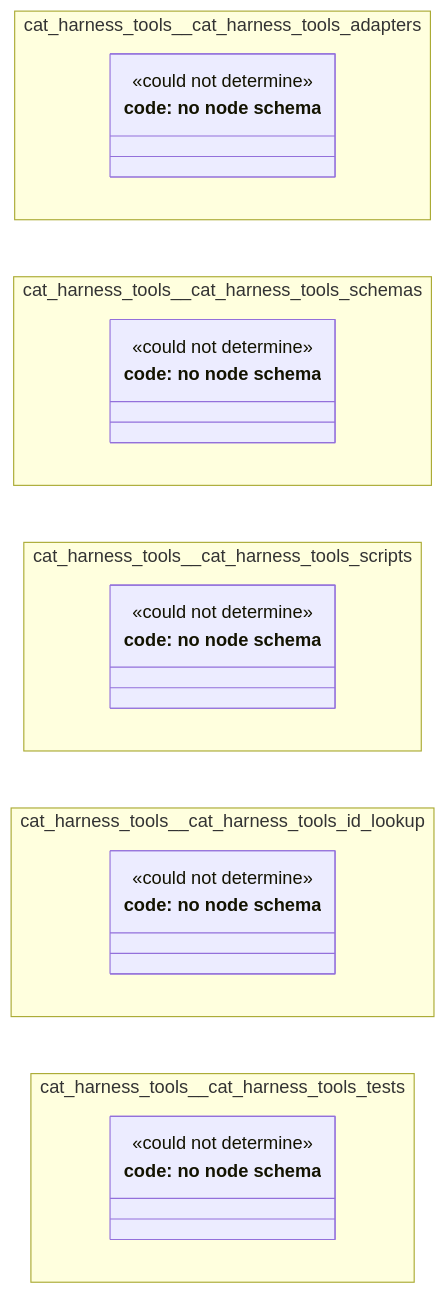
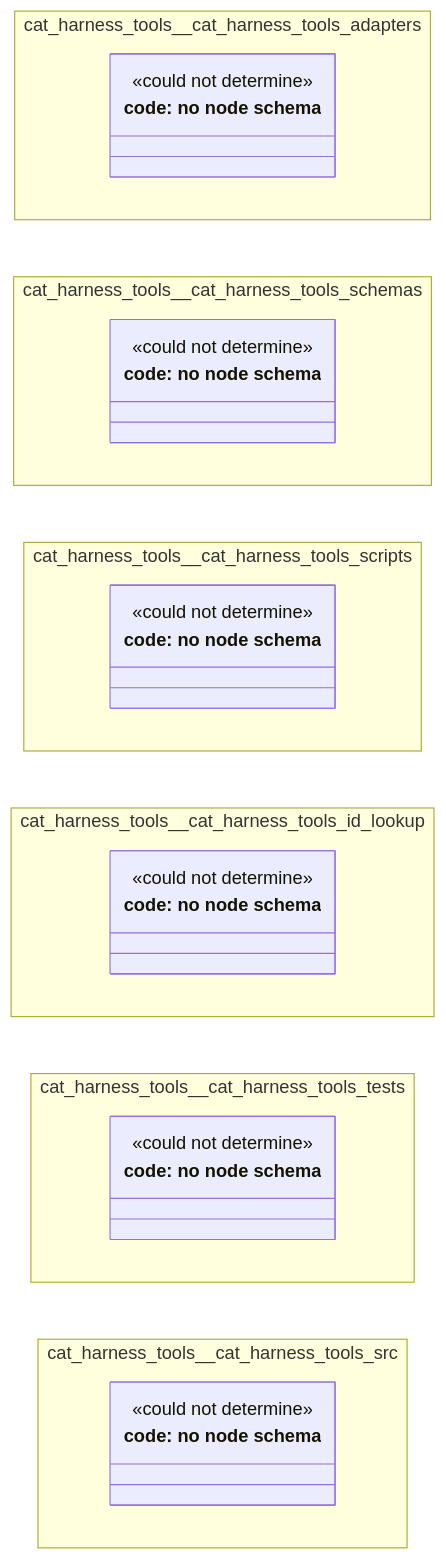
Before and after one commit to litlfred/folio-assistant: the diagram in cat-harness/docs/uml/overview/cat-harness-tools.md, drawn with Mermaid. The commit also changed other lines of this file and 49 other files, not shown here.

````diff
--- a/cat-harness/docs/uml/overview/cat-harness-tools.md
+++ b/cat-harness/docs/uml/overview/cat-harness-tools.md
@@ -50,39 +52,46 @@
 ```mermaid
 classDiagram
   direction LR
   namespace cat_harness_tools__cat_harness_tools_adapters {
     class n_cat_harness_tools_cat_harness_tools_adapters_code["code: no node schema"] {
       <<could not determine>>
     }
   }
   namespace cat_harness_tools__cat_harness_tools_schemas {
     class n_cat_harness_tools_cat_harness_tools_schemas_code["code: no node schema"] {
       <<could not determine>>
     }
   }
   namespace cat_harness_tools__cat_harness_tools_scripts {
     class n_cat_harness_tools_cat_harness_tools_scripts_code["code: no node schema"] {
       <<could not determine>>
     }
   }
   namespace cat_harness_tools__cat_harness_tools_id_lookup {
     class n_cat_harness_tools_cat_harness_tools_id_lookup_code["code: no node schema"] {
       <<could not determine>>
     }
   }
   namespace cat_harness_tools__cat_harness_tools_tests {
     class n_cat_harness_tools_cat_harness_tools_tests_code["code: no node schema"] {
       <<could not determine>>
     }
   }
+  namespace cat_harness_tools__cat_harness_tools_src {
+    class n_cat_harness_tools_cat_harness_tools_src_code["code: no node schema"] {
+      <<could not determine>>
+    }
+  }
   cssClass "n_cat_harness_tools_cat_harness_tools_adapters_code" fa_uml_kind_code
   cssClass "n_cat_harness_tools_cat_harness_tools_adapters_code" fa_uml_undetermined
   cssClass "n_cat_harness_tools_cat_harness_tools_schemas_code" fa_uml_kind_code
   cssClass "n_cat_harness_tools_cat_harness_tools_schemas_code" fa_uml_undetermined
   cssClass "n_cat_harness_tools_cat_harness_tools_scripts_code" fa_uml_kind_code
   cssClass "n_cat_harness_tools_cat_harness_tools_scripts_code" fa_uml_undetermined
   cssClass "n_cat_harness_tools_cat_harness_tools_id_lookup_code" fa_uml_kind_code
   cssClass "n_cat_harness_tools_cat_harness_tools_id_lookup_code" fa_uml_undetermined
   cssClass "n_cat_harness_tools_cat_harness_tools_tests_code" fa_uml_kind_code
   cssClass "n_cat_harness_tools_cat_harness_tools_tests_code" fa_uml_undetermined
+  cssClass "n_cat_harness_tools_cat_harness_tools_src_code" fa_uml_kind_code
+  cssClass "n_cat_harness_tools_cat_harness_tools_src_code" fa_uml_undetermined
 ```
````
